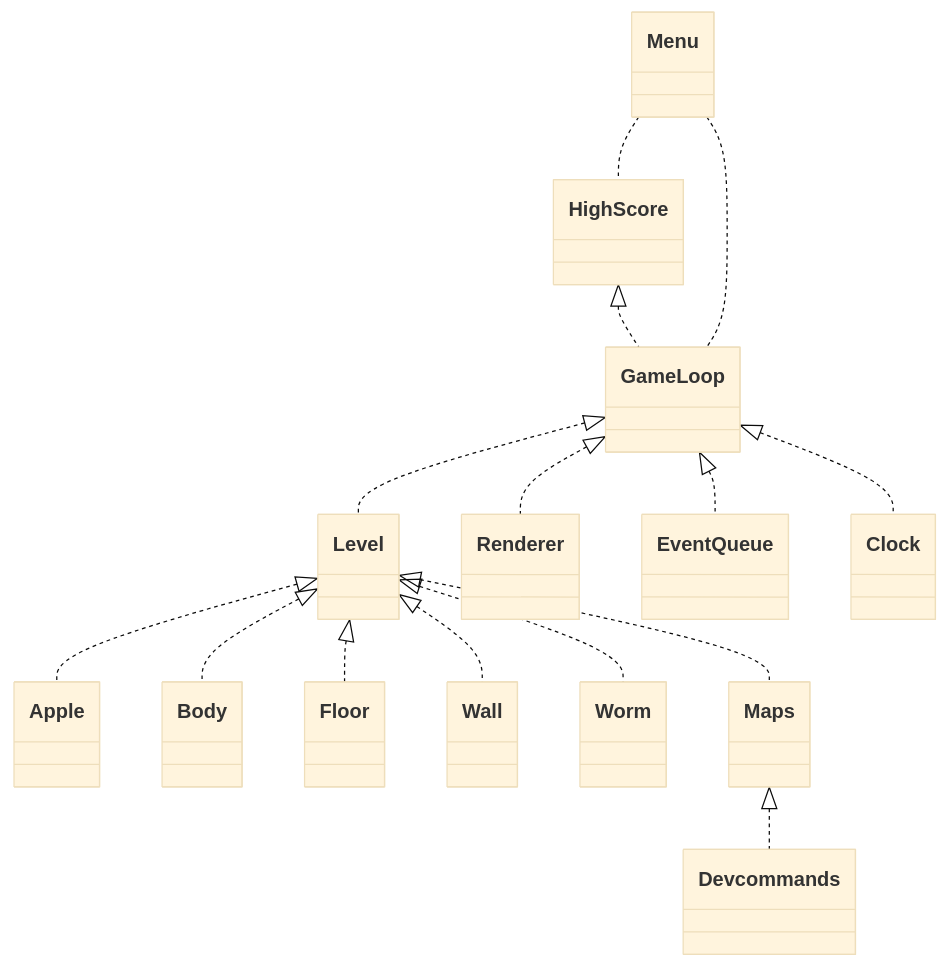
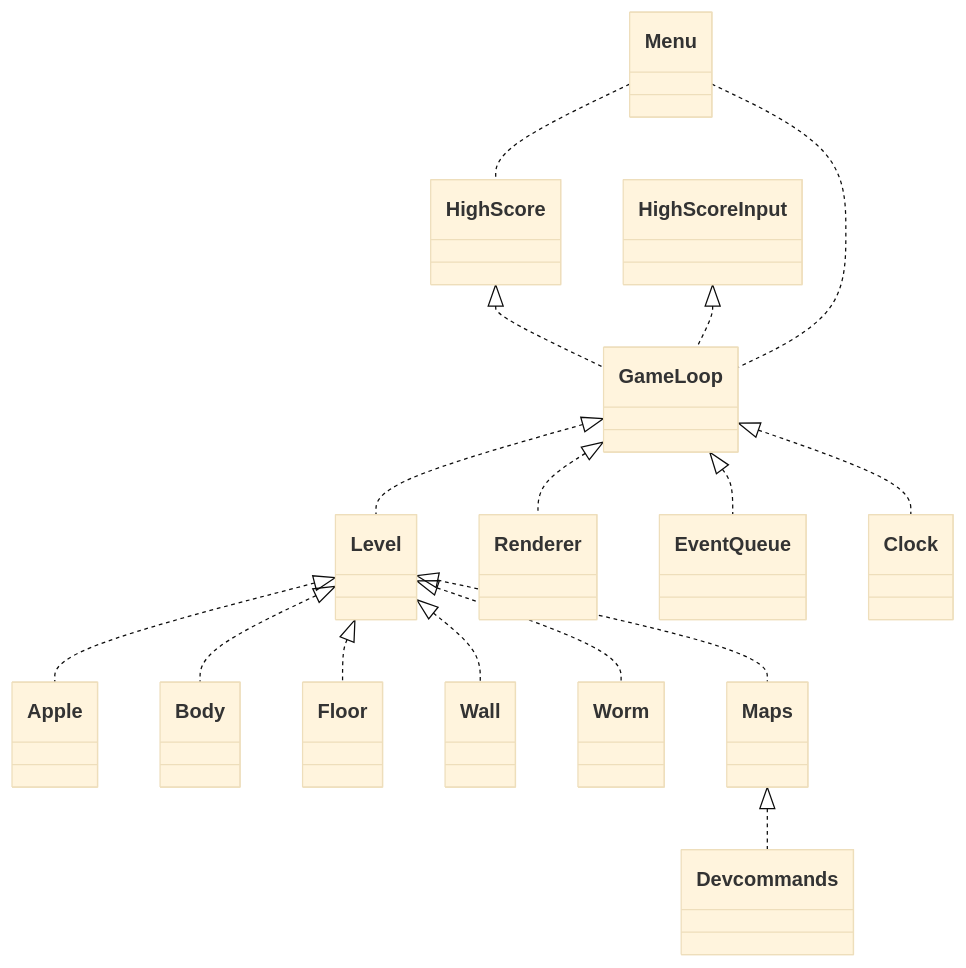
One commit to VilleJuhan1/ot-harjoitustyo changed the first of 3 diagrams in dokumentaatio/arkkitehtuuri.md. Above: the diagram before and after it, drawn with Mermaid (base theme). The commit also changed other lines of this file and 4 other files, not shown here.

````diff
--- a/dokumentaatio/arkkitehtuuri.md
+++ b/dokumentaatio/arkkitehtuuri.md
@@ -6,17 +6,18 @@
 ```mermaid
 classDiagram
     GameLoop <|.. Level
     GameLoop <|.. Renderer
     GameLoop <|.. EventQueue
     GameLoop <|.. Clock
     HighScore <|.. GameLoop
+    HighScoreInput <|.. GameLoop
     Level <|.. Apple
     Level <|.. Body
     Level <|.. Floor
     Level <|.. Wall
     Level <|.. Worm
     Level <|.. Maps
     Maps <|.. Devcommands
     Menu .. GameLoop
     Menu .. HighScore
 ```
````
